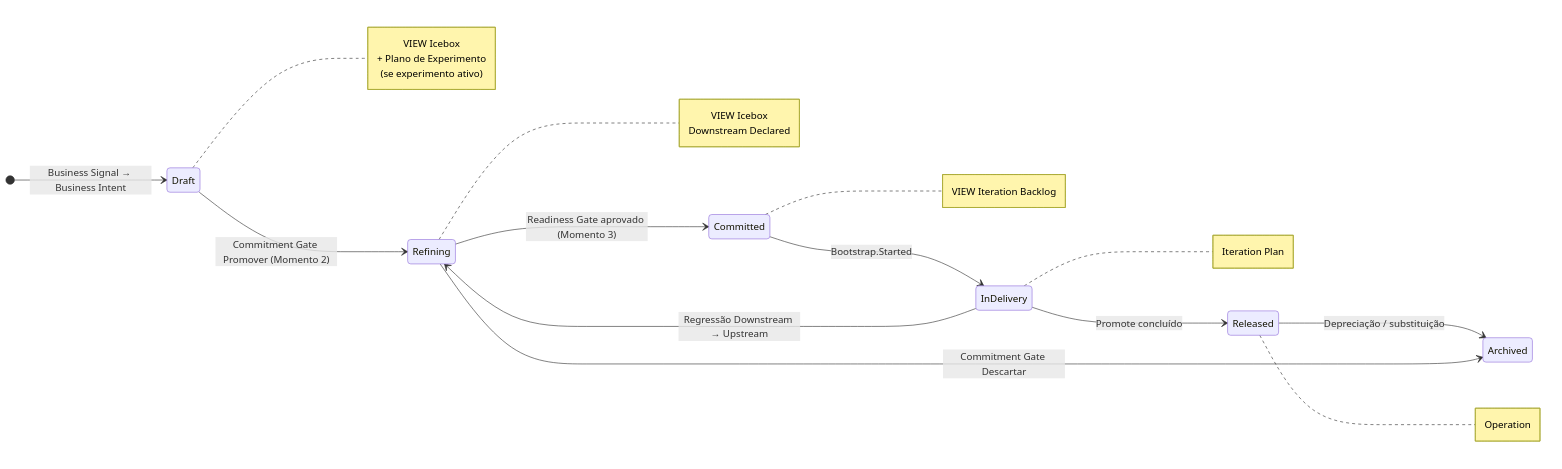
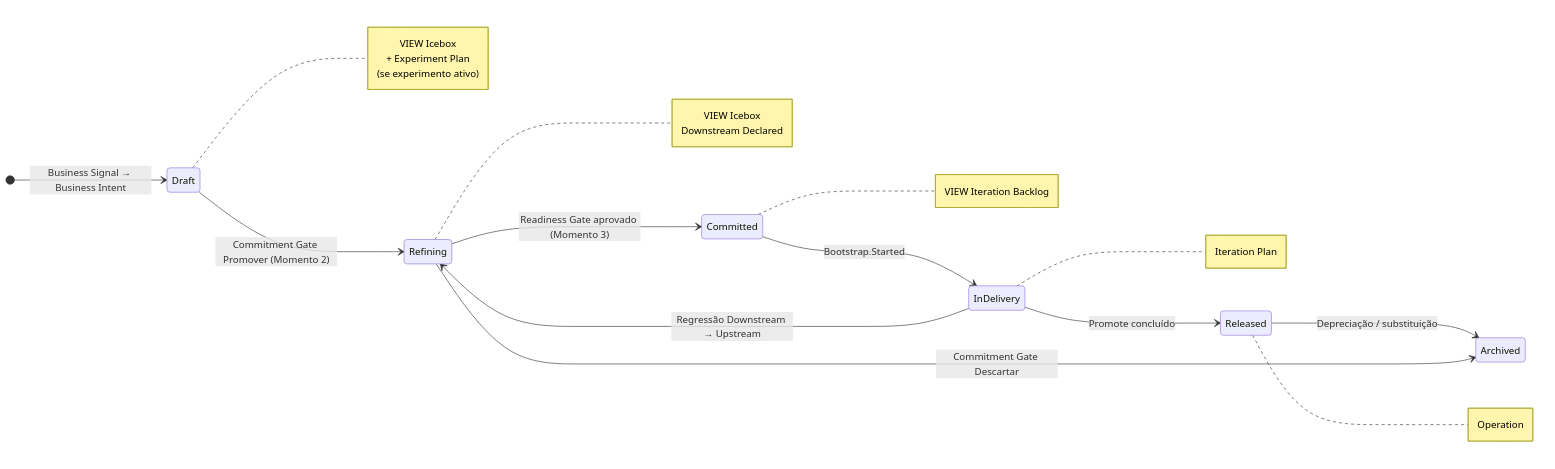
The first of 2 diagrams in capitulo-08.md (produtoreativo/from-intent-to-outcome), drawn with Mermaid before and after one commit. The commit also changed 3 other files, not shown here.

First line of the commit message:
refactor(terminology): canoniza 'Experiment Plan' em inglês nos arquivos PT

````diff
--- a/capitulo-08.md
+++ b/capitulo-08.md
@@ -46,31 +46,31 @@
 ```mermaid
 stateDiagram-v2
     direction LR
     [*] --> Draft : Business Signal → Business Intent
     Draft --> Refining : Commitment Gate Promover (Momento 2)
     Refining --> Committed : Readiness Gate aprovado (Momento 3)
     Committed --> InDelivery : Bootstrap.Started
     InDelivery --> Released : Promote concluído
     Released --> Archived : Depreciação / substituição
     Refining --> Archived : Commitment Gate Descartar
     InDelivery --> Refining : Regressão Downstream → Upstream
 
     note right of Draft
         VIEW Icebox
-        + Plano de Experimento
+        + Experiment Plan
         (se experimento ativo)
     end note
     note right of Refining
         VIEW Icebox
         Downstream Declared
     end note
     note right of Committed
         VIEW Iteration Backlog
     end note
     note right of InDelivery
         Iteration Plan
     end note
     note right of Released
         Operation
     end note
 ```
````
